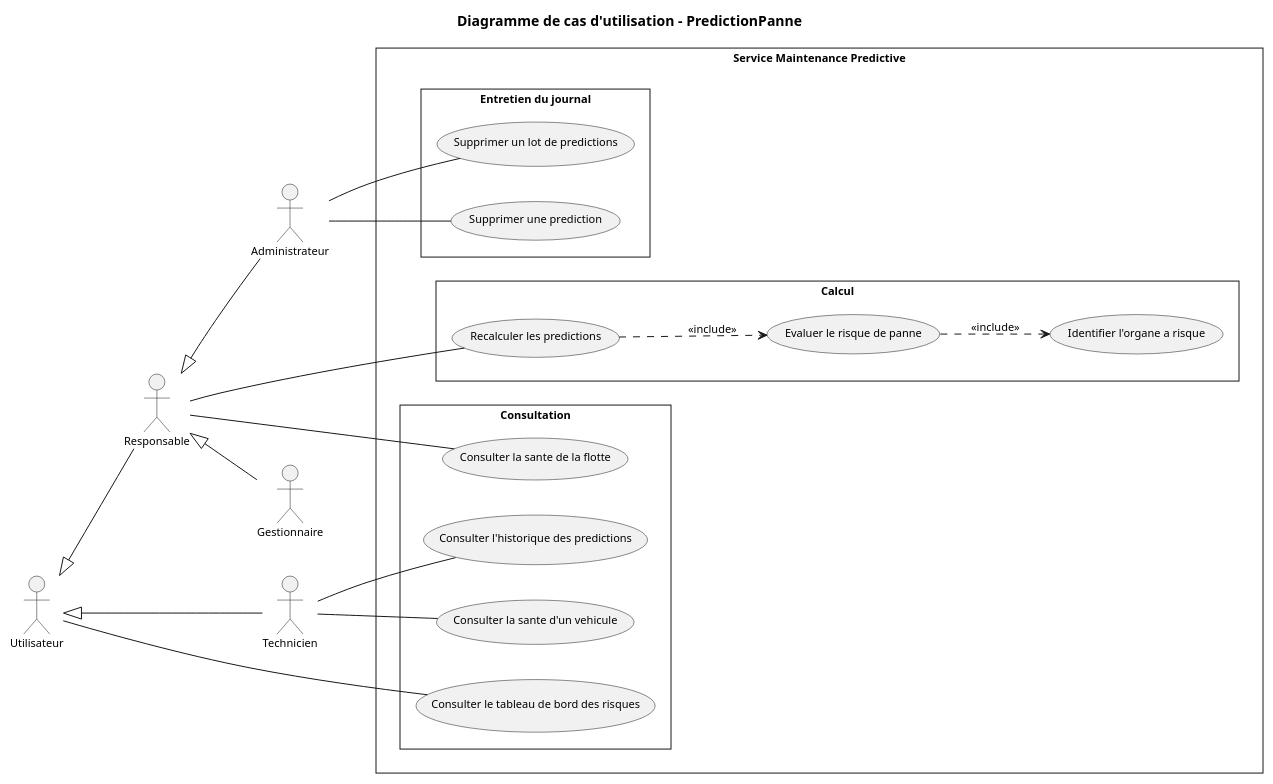
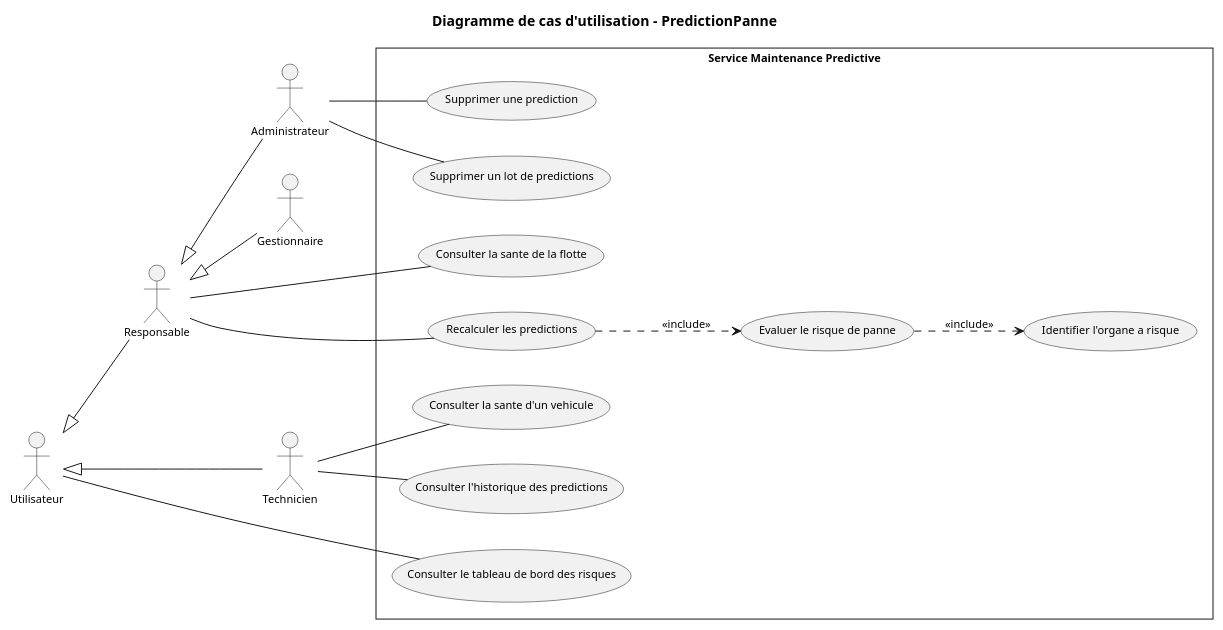
The diagram in docs/diagrams/microservices/PredictionPanne/PredictionPanne-usecase.puml (saber-barhoumi/Xpark-gmao), drawn with PlantUML before and after one commit. The commit also changed 37 other files, not shown here.

```diff
--- a/docs/diagrams/microservices/PredictionPanne/PredictionPanne-usecase.puml
+++ b/docs/diagrams/microservices/PredictionPanne/PredictionPanne-usecase.puml
@@ -1,54 +1,48 @@
 @startuml
 skinparam style strictuml
 skinparam packageStyle rectangle
 skinparam shadowing false
 skinparam defaultFontName Verdana
 skinparam defaultFontSize 11
 skinparam backgroundColor #FFFFFF
 left to right direction
 
 title Diagramme de cas d'utilisation - PredictionPanne
 
 ' Acteurs principaux (a gauche)
 actor "Utilisateur" as Utilisateur
 actor "Responsable" as Responsable
 actor "Administrateur" as Administrateur
 actor "Gestionnaire" as Gestionnaire
 actor "Technicien" as Technicien
 
 Utilisateur <|-- Responsable
 Responsable <|-- Administrateur
 Responsable <|-- Gestionnaire
 Utilisateur <|-- Technicien
 
 rectangle "Service Maintenance Predictive" {
-  package "Consultation" {
-    usecase "Consulter le tableau de bord des risques" as UC_Consulter_le_tableau_de_bord_des_r
-    usecase "Consulter la sante de la flotte" as UC_Consulter_la_sante_de_la_flotte
-    usecase "Consulter la sante d'un vehicule" as UC_Consulter_la_sante_d_un_vehicule
-    usecase "Consulter l'historique des predictions" as UC_Consulter_l_historique_des_predict
-  }
-  package "Calcul" {
-    usecase "Recalculer les predictions" as UC_Recalculer_les_predictions
-    usecase "Evaluer le risque de panne" as UC_Evaluer_le_risque_de_panne
-    usecase "Identifier l'organe a risque" as UC_Identifier_l_organe_a_risque
-  }
-  package "Entretien du journal" {
-    usecase "Supprimer une prediction" as UC_Supprimer_une_prediction
-    usecase "Supprimer un lot de predictions" as UC_Supprimer_un_lot_de_predictions
-  }
+  usecase "Consulter le tableau de bord des risques" as UC_Consulter_le_tableau_de_bord_des_r
+  usecase "Consulter la sante de la flotte" as UC_Consulter_la_sante_de_la_flotte
+  usecase "Consulter la sante d'un vehicule" as UC_Consulter_la_sante_d_un_vehicule
+  usecase "Consulter l'historique des predictions" as UC_Consulter_l_historique_des_predict
+  usecase "Recalculer les predictions" as UC_Recalculer_les_predictions
+  usecase "Evaluer le risque de panne" as UC_Evaluer_le_risque_de_panne
+  usecase "Identifier l'organe a risque" as UC_Identifier_l_organe_a_risque
+  usecase "Supprimer une prediction" as UC_Supprimer_une_prediction
+  usecase "Supprimer un lot de predictions" as UC_Supprimer_un_lot_de_predictions
 }
 
 ' Associations : trait continu sans fleche (UML : relation d'association)
 Utilisateur -- UC_Consulter_le_tableau_de_bord_des_r
 Responsable -- UC_Consulter_la_sante_de_la_flotte
 Responsable -- UC_Recalculer_les_predictions
 Administrateur -- UC_Supprimer_un_lot_de_predictions
 Administrateur -- UC_Supprimer_une_prediction
 Technicien -- UC_Consulter_l_historique_des_predict
 Technicien -- UC_Consulter_la_sante_d_un_vehicule
 
 UC_Recalculer_les_predictions ..> UC_Evaluer_le_risque_de_panne : << include >>
 UC_Evaluer_le_risque_de_panne ..> UC_Identifier_l_organe_a_risque : << include >>
 
 @enduml
```
